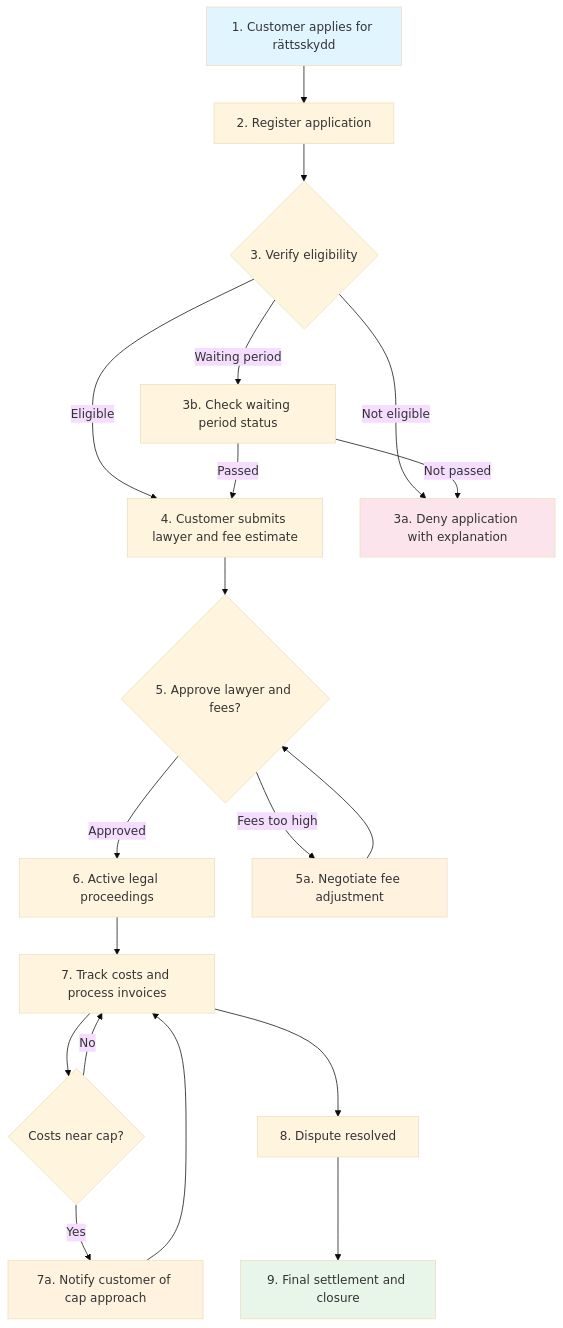
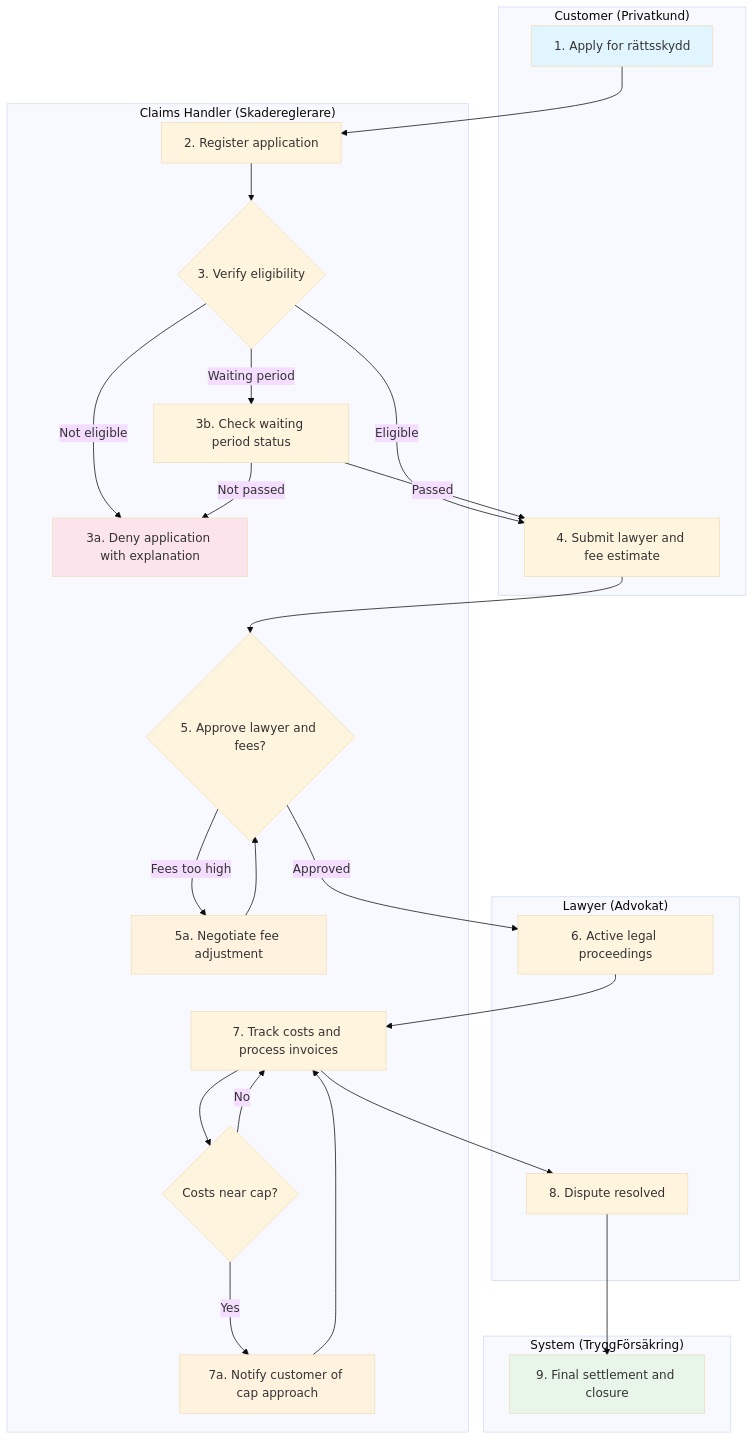
The first of 2 diagrams in docs/phase-2-home-property/use-cases/uc-legal-expenses-lifecycle.md (Agentic-software-factory/insurance-platform-requirements), drawn with Mermaid (base theme) before and after one commit. The commit also changed 9 other files, not shown here.

First line of the commit message:
docs(#122): Upgrade flowcharts to swimlane format for Phase 2 Home & Property use cases (#132)

````diff
--- a/docs/phase-2-home-property/use-cases/uc-legal-expenses-lifecycle.md
+++ b/docs/phase-2-home-property/use-cases/uc-legal-expenses-lifecycle.md
@@ -47,27 +47,53 @@
 ```mermaid
 flowchart TD
-    A[1. Customer applies for rättsskydd] --> B[2. Register application]
-    B --> C{3. Verify eligibility}
-    C -->|Eligible| D[4. Customer submits lawyer and fee estimate]
-    C -->|Not eligible| E[3a. Deny application with explanation]
-    C -->|Waiting period| F[3b. Check waiting period status]
+    subgraph Customer ["Customer (Privatkund)"]
+        A[1. Apply for rättsskydd]
+        D[4. Submit lawyer and fee estimate]
+    end
+
+    subgraph ClaimsHandler ["Claims Handler (Skadereglerare)"]
+        B[2. Register application]
+        C{3. Verify eligibility}
+        E[3a. Deny application with explanation]
+        F[3b. Check waiting period status]
+        G{5. Approve lawyer and fees?}
+        I[5a. Negotiate fee adjustment]
+        J[7. Track costs and process invoices]
+        K{Costs near cap?}
+        L[7a. Notify customer of cap approach]
+    end
+
+    subgraph Lawyer ["Lawyer (Advokat)"]
+        H[6. Active legal proceedings]
+        M[8. Dispute resolved]
+    end
+
+    subgraph System ["System (TryggFörsäkring)"]
+        N[9. Final settlement and closure]
+    end
+
+    A --> B
+    B --> C
+    C -->|Eligible| D
+    C -->|Not eligible| E
+    C -->|Waiting period| F
     F -->|Passed| D
     F -->|Not passed| E
-    D --> G{5. Approve lawyer and fees?}
-    G -->|Approved| H[6. Active legal proceedings]
-    G -->|Fees too high| I[5a. Negotiate fee adjustment]
+    D --> G
+    G -->|Approved| H
+    G -->|Fees too high| I
     I --> G
-    H --> J[7. Track costs and process invoices]
-    J --> K{Costs near cap?}
-    K -->|Yes| L[7a. Notify customer of cap approach]
+    H --> J
+    J --> K
+    K -->|Yes| L
     K -->|No| J
     L --> J
-    J --> M[8. Dispute resolved]
-    M --> N[9. Final settlement and closure]
+    J --> M
+    M --> N
 
     style A fill:#e1f5fe
     style N fill:#e8f5e9
     style E fill:#fce4ec
     style I fill:#fff3e0
     style L fill:#fff3e0
 ```
````
